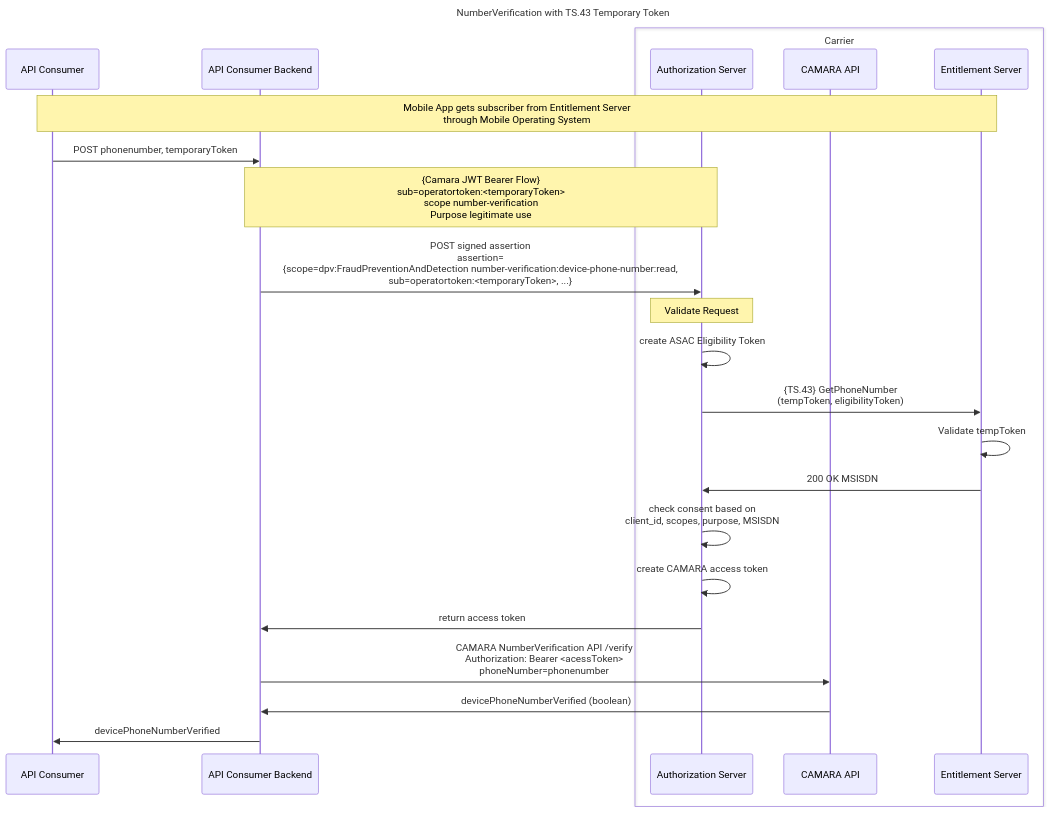
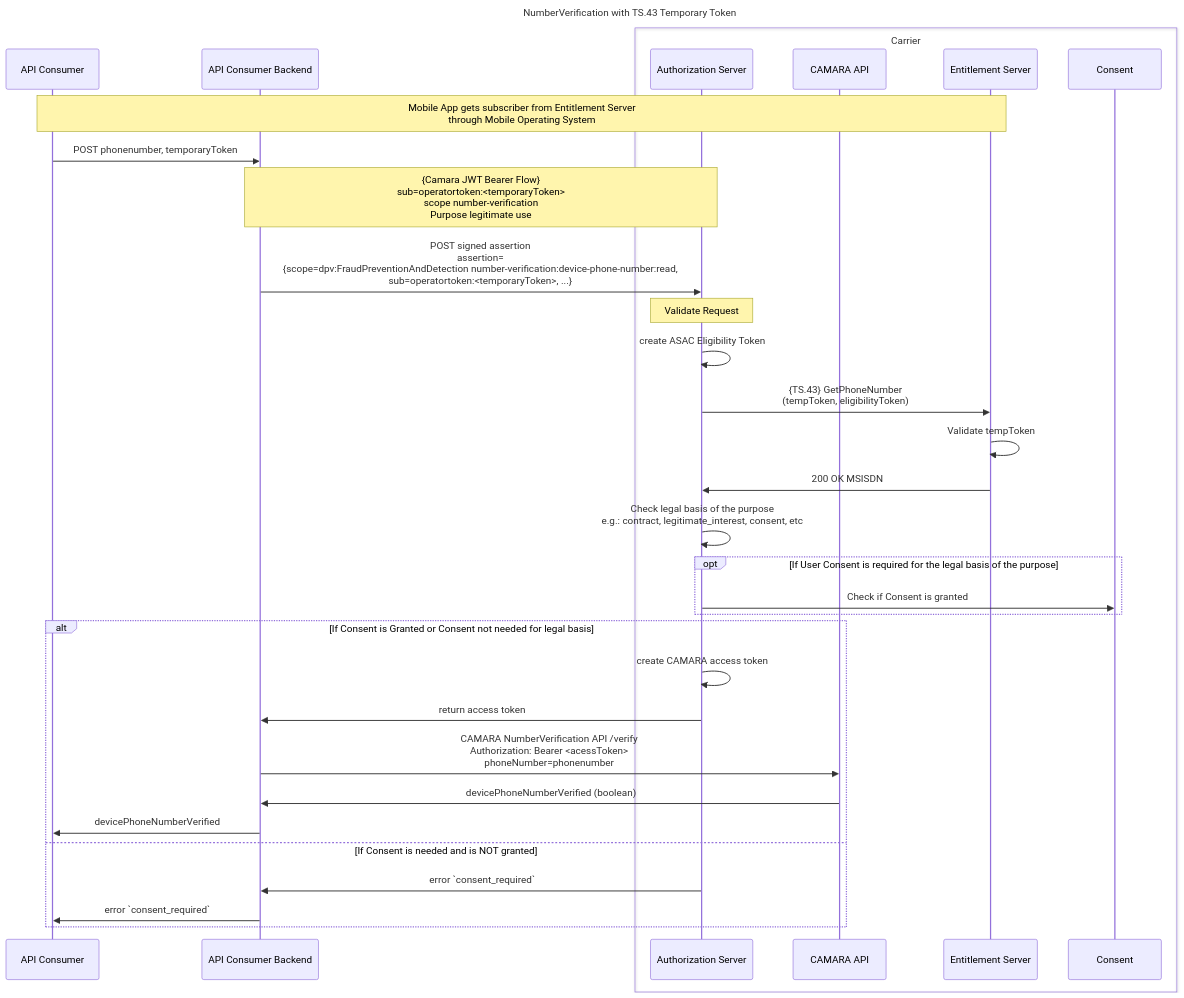
The third of 3 diagrams in documentation/CAMARA-API-access-and-user-consent.md (camaraproject/IdentityAndConsentManagement), drawn with Mermaid before and after one commit.

Commit message:
check consent

````diff
--- a/documentation/CAMARA-API-access-and-user-consent.md
+++ b/documentation/CAMARA-API-access-and-user-consent.md
@@ -333,44 +333,56 @@
 ```mermaid
 sequenceDiagram
 
 title NumberVerification with TS.43 Temporary Token
 
 participant API Consumer
 
 participant API Consumer Backend
 
 box Carrier
 participant Authorization Server
 participant CAMARA API
 participant Entitlement Server
+participant Consent
 end
 
 
 note over API Consumer, Entitlement Server: Mobile App gets subscriber from Entitlement Server<br/>through Mobile Operating System
 API Consumer ->> API Consumer Backend: POST phonenumber, temporaryToken
 
 note over API Consumer Backend, Authorization Server: {Camara JWT Bearer Flow}<br/>sub=operatortoken:<temporaryToken><br/>scope number-verification<br/>Purpose legitimate use 
 
 API Consumer Backend ->> Authorization Server: POST signed assertion<br/>assertion=<br/> {scope=dpv:FraudPreventionAndDetection number-verification:device-phone-number:read,<br/>  sub=operatortoken:<temporaryToken>, ...}
 
 note over Authorization Server, Authorization Server: Validate Request
 
 Authorization Server ->> Authorization Server: create ASAC Eligibility Token
 Authorization Server ->> Entitlement Server: {TS.43} GetPhoneNumber<br/>(tempToken, eligibilityToken)
 
 Entitlement Server ->> Entitlement Server: Validate tempToken
 
 Entitlement Server ->> Authorization Server: 200 OK MSISDN
 
-Authorization Server ->> Authorization Server: check consent based on<br/>client_id, scopes, purpose, MSISDN
+Authorization Server ->> Authorization Server: Check legal basis of the purpose<br> e.g.: contract, legitimate_interest, consent, etc
 
-Authorization Server ->> Authorization Server: create CAMARA access token
+opt If User Consent is required for the legal basis of the purpose  
+    Authorization Server->>Consent: Check if Consent is granted
+end
+alt If Consent is Granted or Consent not needed for legal basis   
+  Authorization Server ->> Authorization Server: create CAMARA access token
 
-Authorization Server ->> API Consumer Backend: return access token
+  Authorization Server ->> API Consumer Backend: return access token
 
-API Consumer Backend ->> CAMARA API: CAMARA NumberVerification API /verify <br/>Authorization: Bearer <acessToken><br/>phoneNumber=phonenumber
+  API Consumer Backend ->> CAMARA API: CAMARA NumberVerification API /verify <br/>Authorization: Bearer <acessToken><br/>phoneNumber=phonenumber
 
-CAMARA API ->> API Consumer Backend: devicePhoneNumberVerified (boolean)
+  CAMARA API ->> API Consumer Backend: devicePhoneNumberVerified (boolean)
 
-API Consumer Backend ->> API Consumer: devicePhoneNumberVerified
+  API Consumer Backend ->> API Consumer: devicePhoneNumberVerified
+
+else If Consent is needed and is NOT granted
+  Authorization Server ->> API Consumer Backend: error `consent_required`
+
+  API Consumer Backend ->> API Consumer: error `consent_required`
+end
+
 ```
````
